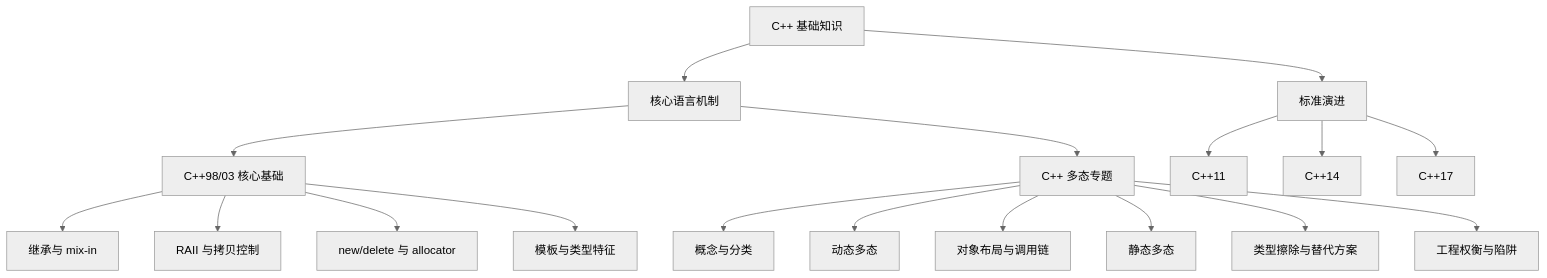
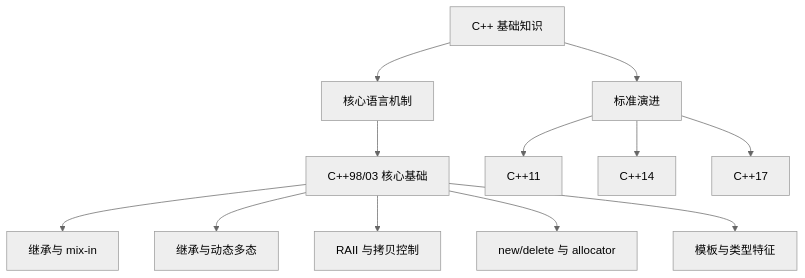
One commit to Game-Client-Knowledge/Game-Client-Knowledge changed the diagram in program/knowledge/cpp/README.md. Above: the diagram before and after it, drawn with Mermaid (neutral theme). The commit also changed other lines of this file and 2 other files, not shown here.

````diff
--- a/program/knowledge/cpp/README.md
+++ b/program/knowledge/cpp/README.md
@@ -18,24 +18,17 @@
 ```mermaid
 flowchart TD
     CPP[C++ 基础知识]
     CPP --> Core[核心语言机制]
     CPP --> Evolution[标准演进]
 
     Core --> Base[C++98/03 核心基础]
-    Core --> Poly[C++ 多态专题]
     Base --> Inherit[继承与 mix-in]
+    Base --> Runtime[继承与动态多态]
     Base --> RAII[RAII 与拷贝控制]
     Base --> Memory[new/delete 与 allocator]
     Base --> Template[模板与类型特征]
-
-    Poly --> Concept[概念与分类]
-    Poly --> Runtime[动态多态]
-    Poly --> Layout[对象布局与调用链]
-    Poly --> Static[静态多态]
-    Poly --> Alternative[类型擦除与替代方案]
-    Poly --> Tradeoff[工程权衡与陷阱]
 
     Evolution --> C11[C++11]
     Evolution --> C14[C++14]
     Evolution --> C17[C++17]
 ```
````
